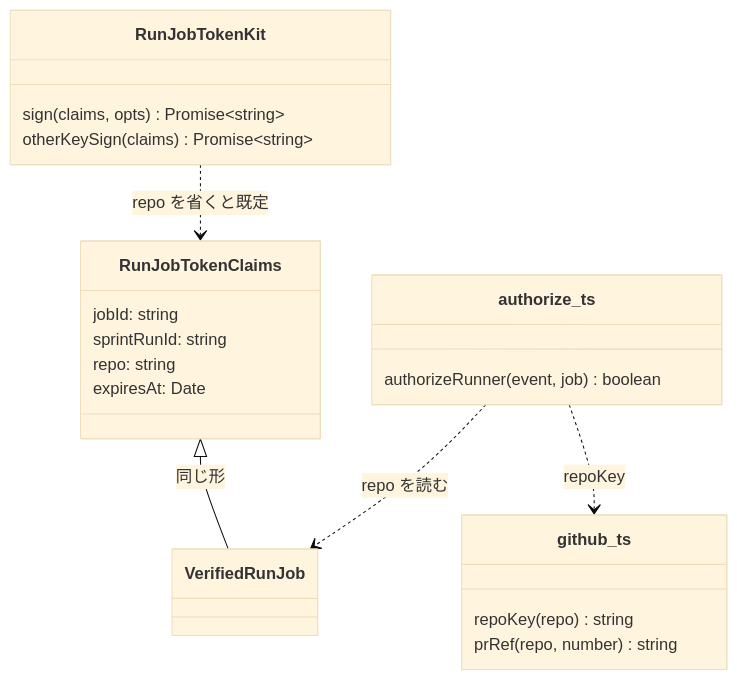
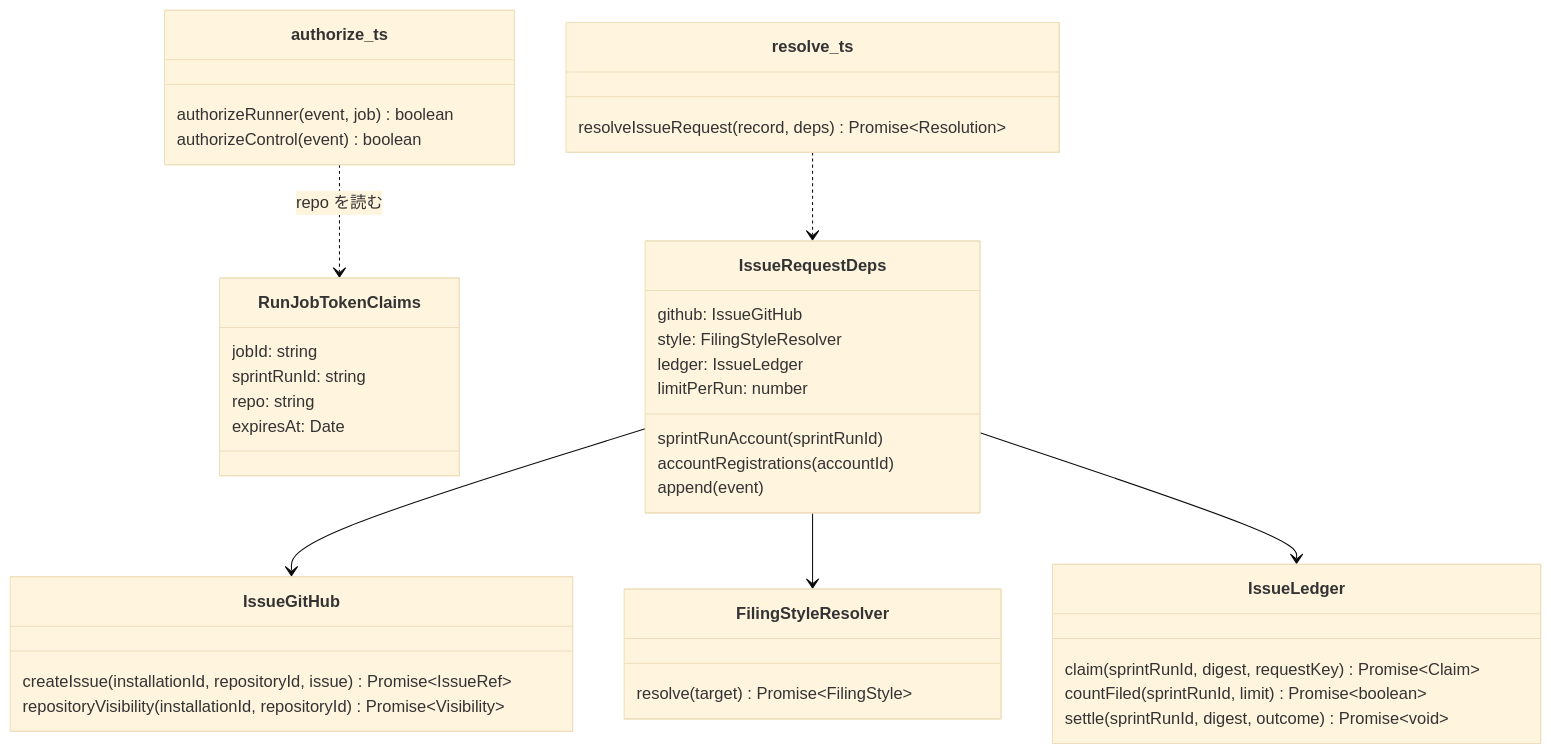
One commit to devbasex/ai-plugins changed the third of 5 diagrams in issues/issue-2216-design.md. Above: the diagram before and after it, drawn with Mermaid (base theme). The commit also changed other lines of this file and 4 other files, not shown here.

````diff
--- a/issues/issue-2216-design.md
+++ b/issues/issue-2216-design.md
@@ -139,25 +183,42 @@
 ```mermaid
 classDiagram
     class RunJobTokenClaims {
         jobId: string
         sprintRunId: string
         repo: string
         expiresAt: Date
     }
-    class VerifiedRunJob
     class authorize_ts {
         authorizeRunner(event, job) boolean
+        authorizeControl(event) boolean
     }
-    class github_ts {
-        repoKey(repo) string
-        prRef(repo, number) string
+    class resolve_ts {
+        resolveIssueRequest(record, deps) Promise~Resolution~
     }
-    class RunJobTokenKit {
-        sign(claims, opts) Promise~string~
-        otherKeySign(claims) Promise~string~
+    class IssueRequestDeps {
+        sprintRunAccount(sprintRunId)
+        accountRegistrations(accountId)
+        github: IssueGitHub
+        style: FilingStyleResolver
+        ledger: IssueLedger
+        append(event)
+        limitPerRun: number
     }
-    RunJobTokenClaims <|-- VerifiedRunJob : 同じ形
-    authorize_ts ..> VerifiedRunJob : repo を読む
-    authorize_ts ..> github_ts : repoKey
-    RunJobTokenKit ..> RunJobTokenClaims : repo を省くと既定
+    class IssueGitHub {
+        createIssue(installationId, repositoryId, issue) Promise~IssueRef~
+        repositoryVisibility(installationId, repositoryId) Promise~Visibility~
+    }
+    class FilingStyleResolver {
+        resolve(target) Promise~FilingStyle~
+    }
+    class IssueLedger {
+        claim(sprintRunId, digest, requestKey) Promise~Claim~
+        countFiled(sprintRunId, limit) Promise~boolean~
+        settle(sprintRunId, digest, outcome) Promise~void~
+    }
+    authorize_ts ..> RunJobTokenClaims : repo を読む
+    resolve_ts ..> IssueRequestDeps
+    IssueRequestDeps --> IssueGitHub
+    IssueRequestDeps --> FilingStyleResolver
+    IssueRequestDeps --> IssueLedger
 ```
````
